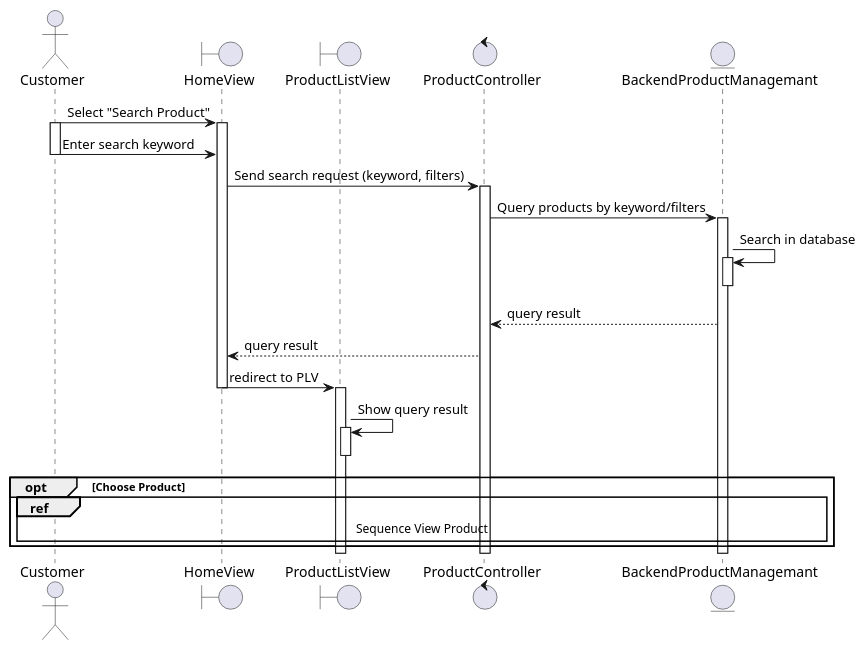
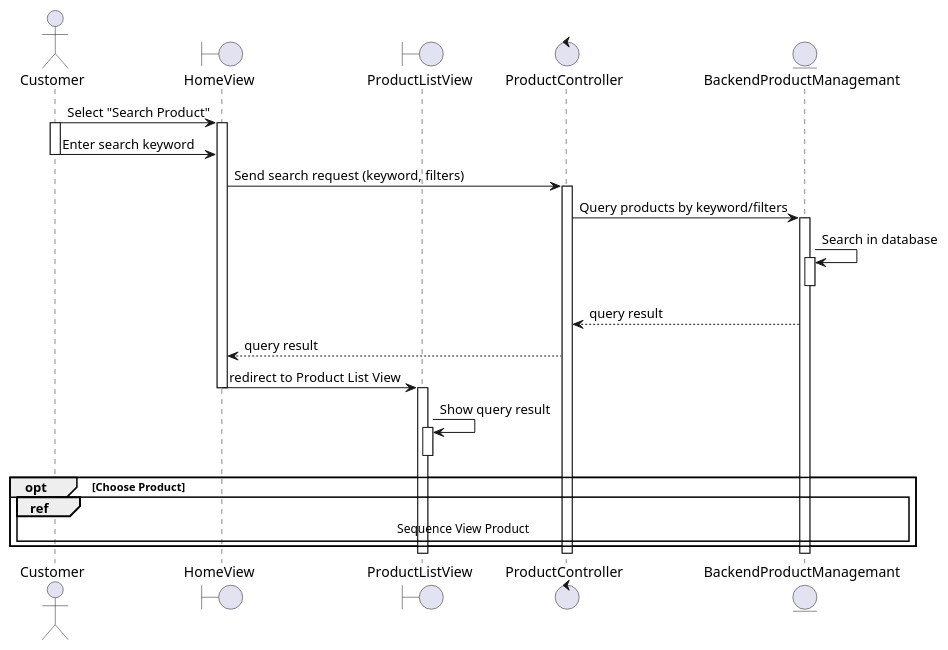
One commit to electricilies/electricilies.github.io changed the diagram in docs/docs/sequence/view-product/search-product.md. Above: the diagram before and after it, drawn with PlantUML.

Commit message:
fix: not abbreviation

````diff
--- a/docs/docs/sequence/view-product/search-product.md
+++ b/docs/docs/sequence/view-product/search-product.md
@@ -3,42 +3,42 @@
 ```plantuml
 @startuml
 actor Customer as C
 boundary HomeView as HV
 boundary ProductListView as PLV
 control ProductController as PC
 entity BackendProductManagemant as BPM
 
 C -> HV: Select "Search Product"
 activate C
 activate HV
 C -> HV: Enter search keyword
 deactivate C
 
 HV -> PC: Send search request (keyword, filters)
 
 activate PC
 
 PC -> BPM: Query products by keyword/filters
 activate BPM
 BPM -> BPM: Search in database
 activate BPM
 deactivate BPM
 PC <-- BPM: query result
 HV <--PC: query result
 
-HV -> PLV: redirect to PLV
+HV -> PLV: redirect to Product List View
 deactivate HV
 activate PLV
 PLV ->PLV: Show query result
 activate PLV
 deactivate PLV
 
 opt Choose Product
   ref over C, BPM : Sequence View Product
 end
 deactivate PLV
 deactivate PC
 deactivate BPM
 
 @enduml
 ```
````
